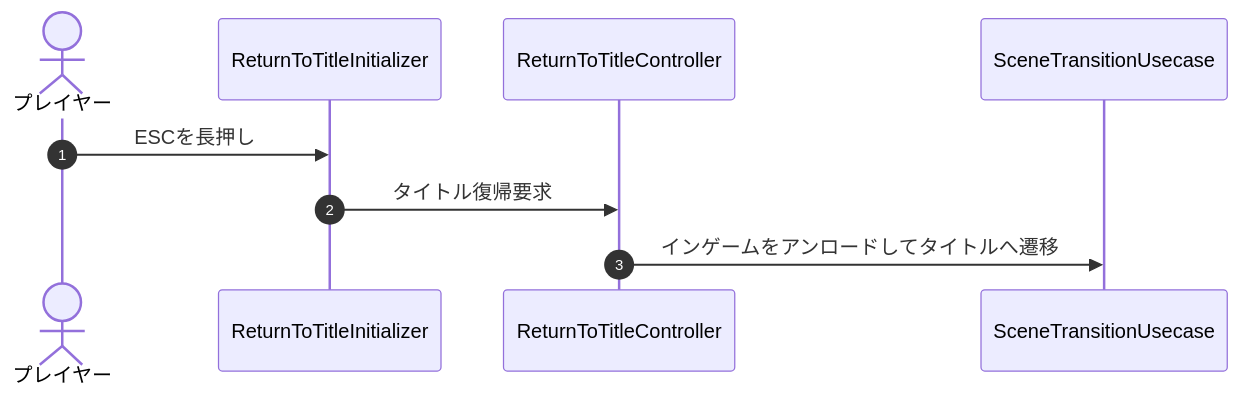
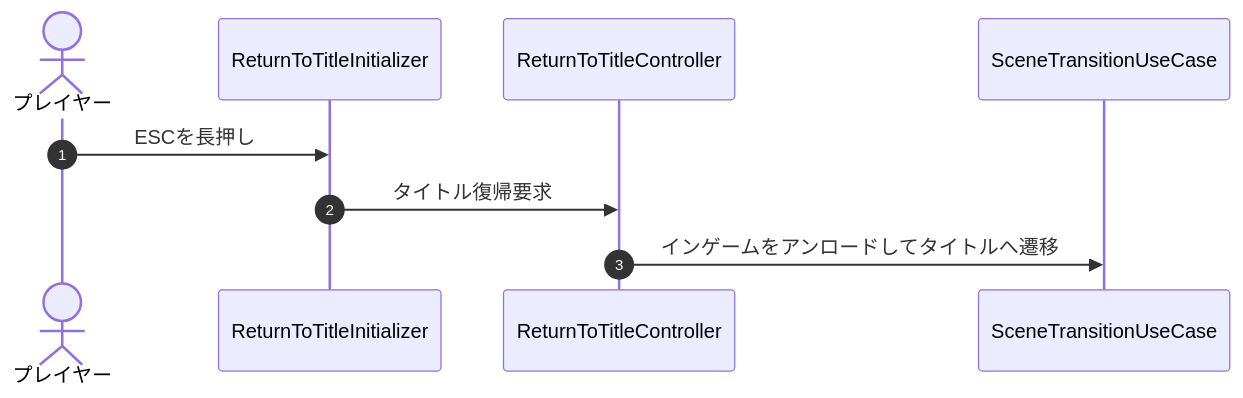
The fourth of 4 diagrams in Assets/Docs/ScriptsDocs/Modules/NotionModuleDocs/Sequence.md (HIBIKI5201/SymphonyKillChord), drawn with Mermaid before and after one commit. The commit also changed other lines of this file and 89 other files, not shown here.

````diff
--- a/Assets/Docs/ScriptsDocs/Modules/NotionModuleDocs/Sequence.md
+++ b/Assets/Docs/ScriptsDocs/Modules/NotionModuleDocs/Sequence.md
@@ -185,12 +185,12 @@
 ```mermaid
 sequenceDiagram
     autonumber
     actor Player as プレイヤー
     participant Init as ReturnToTitleInitializer
     participant Ctrl as ReturnToTitleController
-    participant SceneUC as SceneTransitionUsecase
+    participant SceneUC as SceneTransitionUseCase
 
     Player ->> Init: ESCを長押し
     Init ->> Ctrl: タイトル復帰要求
     Ctrl ->> SceneUC: インゲームをアンロードしてタイトルへ遷移
 ```
````
